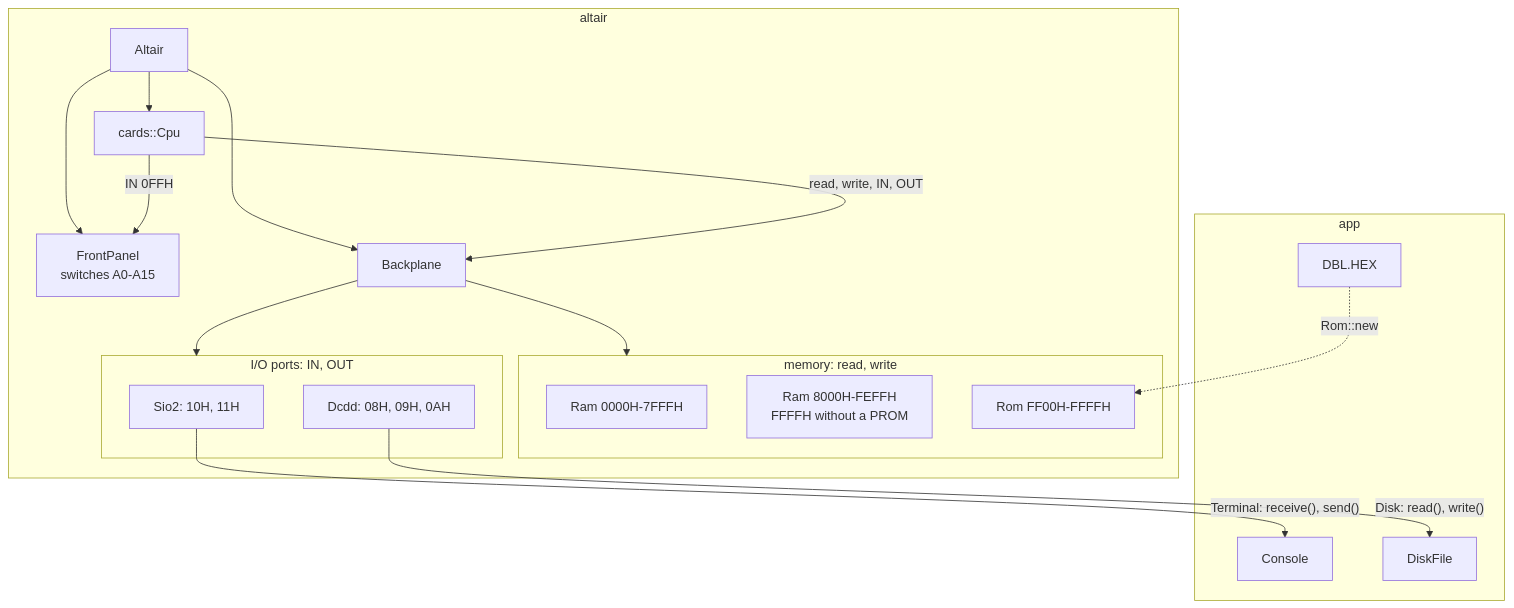
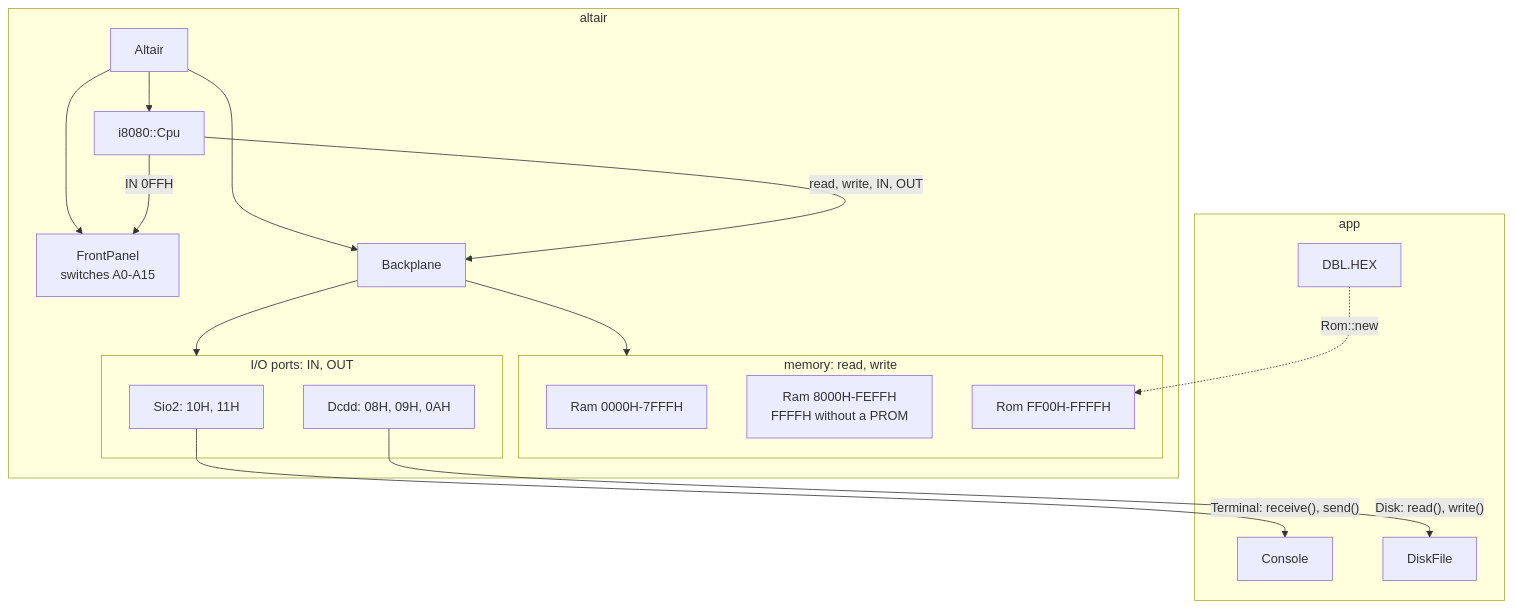
One commit to nazarslota/i8080 changed the first of 5 diagrams in docs/architecture.md. Above: the diagram before and after it, drawn with Mermaid. The commit also changed other lines of this file and 7 other files, not shown here.

First line of the commit message:
Make the CPU part of the Altair instead of a card

````diff
--- a/docs/architecture.md
+++ b/docs/architecture.md
@@ -52,34 +52,34 @@
 ```mermaid
 flowchart TB
     subgraph app["app"]
         console["Console"]
         hex["DBL.HEX"]
         dsk["DiskFile"]
     end
 
     subgraph altair["altair"]
-        machine["Altair"] --> cpu["cards::Cpu"]
+        machine["Altair"] --> cpu["i8080::Cpu"]
         machine --> panel["FrontPanel<br/>switches A0-A15"]
         machine --> backplane["Backplane"]
         cpu -- "IN 0FFH" --> panel
         cpu -- "read, write, IN, OUT" --> backplane
 
         subgraph memory["memory: read, write"]
             ram1["Ram 0000H-7FFFH"]
             ram2["Ram 8000H-FEFFH<br/>FFFFH without a PROM"]
             rom["Rom FF00H-FFFFH"]
         end
 
         subgraph ports["I/O ports: IN, OUT"]
             sio["Sio2: 10H, 11H"]
             dcdd["Dcdd: 08H, 09H, 0AH"]
         end
 
         backplane --> memory
         backplane --> ports
     end
 
     sio -- "Terminal: receive(), send()" --> console
     dcdd -- "Disk: read(), write()" --> dsk
     hex -. "Rom::new" .-> rom
 ```
````
